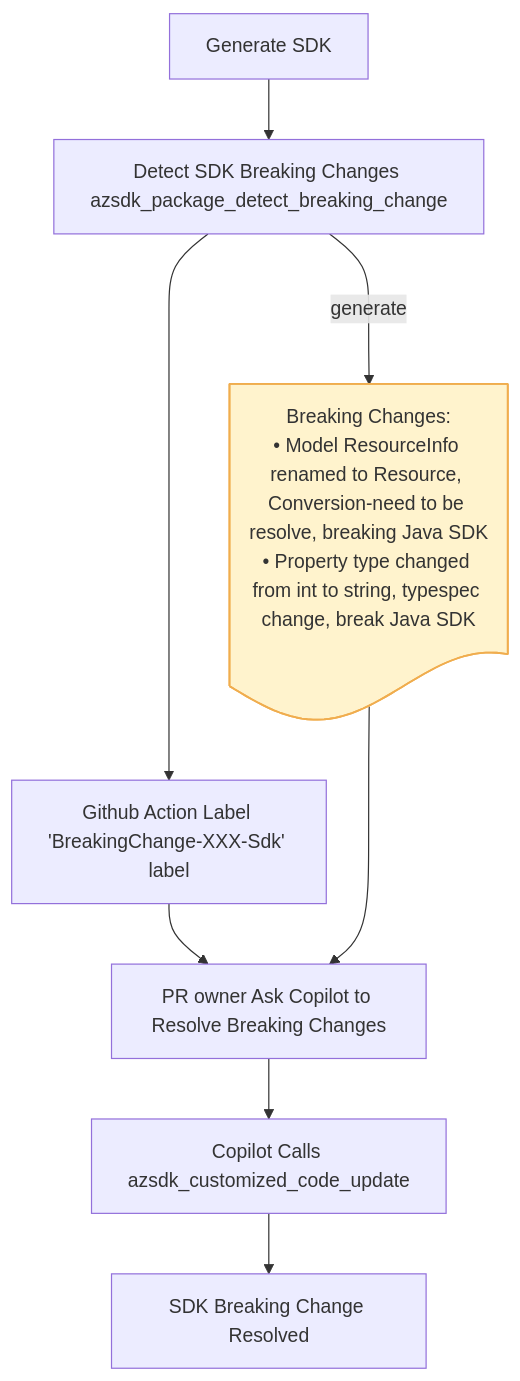
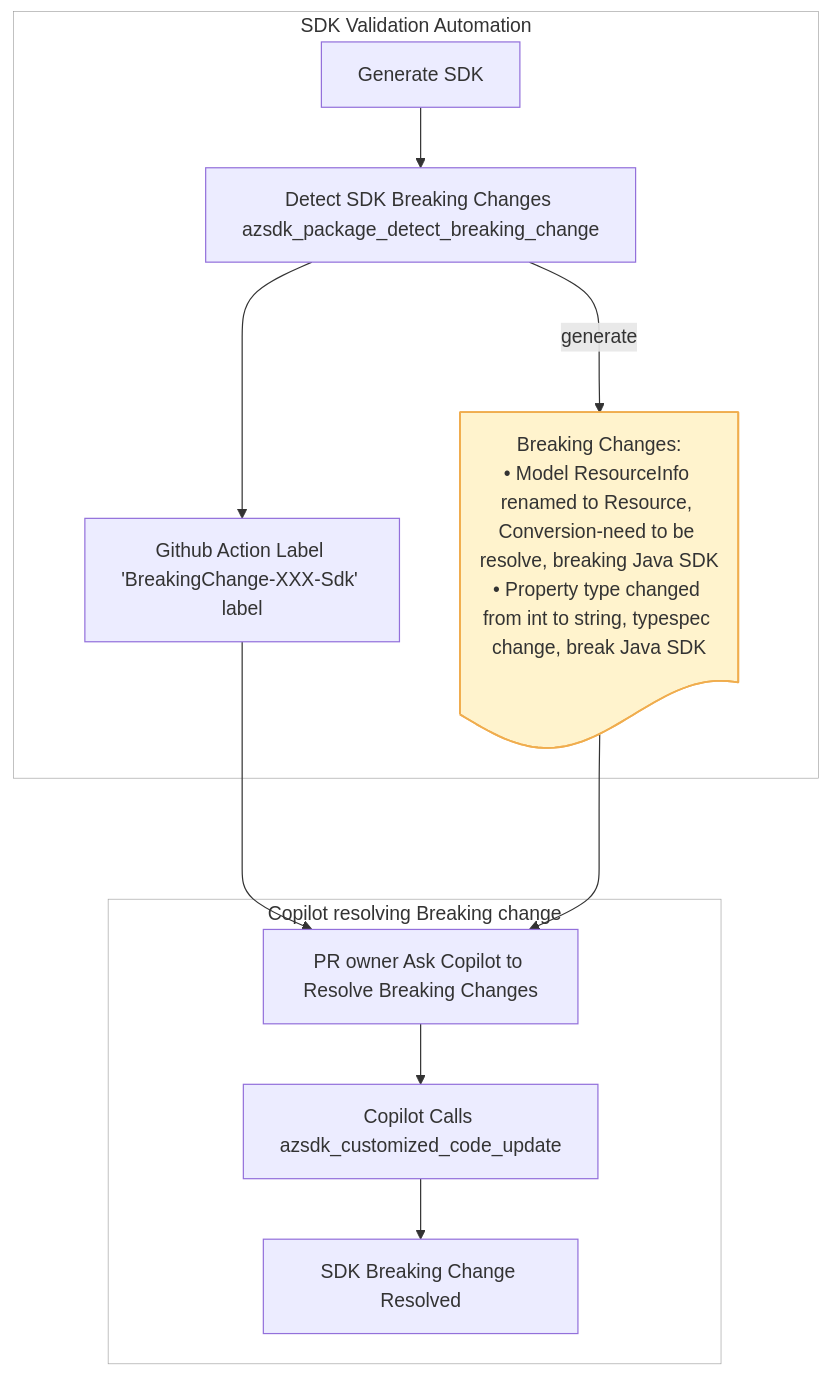
The second of 2 diagrams in tools/azsdk-cli/docs/specs/sdk-breaking-change-detect.spec.md (Azure/azure-sdk-tools), drawn with Mermaid before and after one commit. The commit also changed other lines of this file, not shown here.

Commit message:
define the E2E flow in Spec PR

````diff
--- a/tools/azsdk-cli/docs/specs/sdk-breaking-change-detect.spec.md
+++ b/tools/azsdk-cli/docs/specs/sdk-breaking-change-detect.spec.md
@@ -325,24 +333,45 @@
 ```mermaid
 flowchart TD
     A[Generate SDK]
     B[Detect SDK Breaking Changes azsdk_package_detect_breaking_change]
     C[Github Action Label 'BreakingChange-XXX-Sdk' label]
     D[PR owner Ask Copilot to Resolve Breaking Changes]
     E[Copilot Calls azsdk_customized_code_update]
     F[SDK Breaking Change Resolved]
+    subgraph Automation["SDK Validation Automation"]
+      A
+      B
+      C
+      G
+    end
+
+    subgraph Copilot["Copilot resolving Breaking change"]
+      D
+      E
+      F
+    end
 
     A --> B
     B --> C
     C --> D
     D --> E
     E --> F
 
     G@{ shape: doc, label: "Breaking Changes:<br/>• Model ResourceInfo renamed to Resource, Conversion-need to be resolve, breaking Java SDK<br/>• Property type changed from int to string, typespec change, break Java SDK" }
 
     B ---> |generate|G
     G ---> D
 
     %% styling
     class G breaking;
     classDef breaking fill:#fff3cd,stroke:#f0ad4e,stroke-width:1.5px;
+    
+    %% 1. Copilot: remove rectangle
+    style Copilot fill:transparent,stroke:#999,stroke-width:0.5px
+
+    
+    %% 2. Automation: simulate bottom border
+    style Automation fill:transparent,stroke:#999,stroke-width:0.5px
+
+
 ```
````
